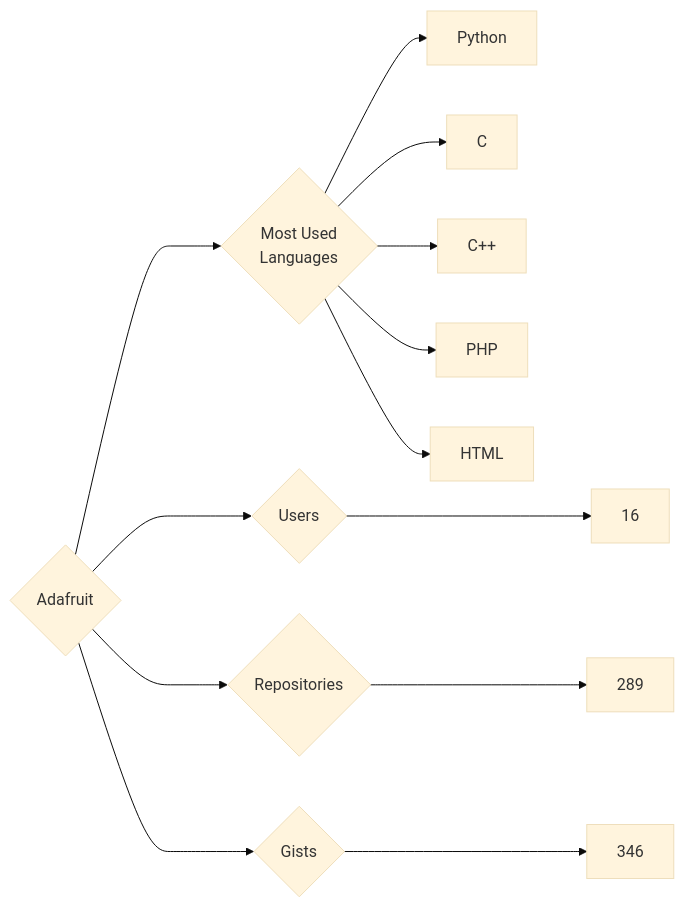
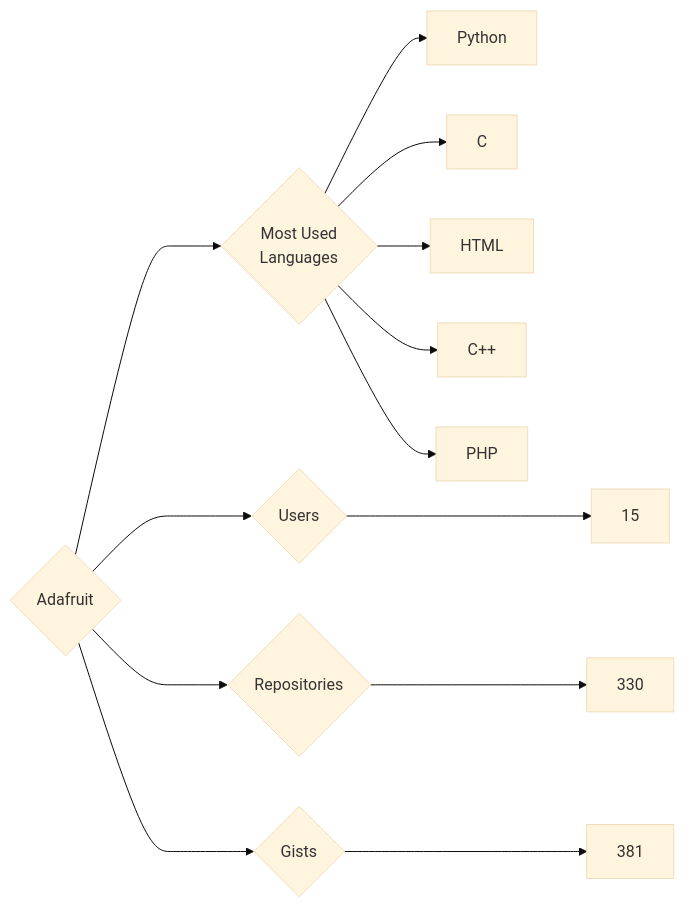
The diagram in targets/Adafruit/README.md (trickest/insiders), drawn with Mermaid (base theme) before and after one commit. The commit also changed 882 other files, not shown here.

````diff
--- a/targets/Adafruit/README.md
+++ b/targets/Adafruit/README.md
@@ -3,13 +3,13 @@
 ```mermaid
 graph LR
 COMPANY_NAME{Adafruit}
-COMPANY_NAME ---> U{Users} ---> UN[16]
-COMPANY_NAME ---> R{Repositories} ---> RN[289]
-COMPANY_NAME ---> G{Gists} ---> GN[346]
+COMPANY_NAME ---> U{Users} ---> UN[15]
+COMPANY_NAME ---> R{Repositories} ---> RN[330]
+COMPANY_NAME ---> G{Gists} ---> GN[381]
 COMPANY_NAME ---> ML{Most Used<br>Languages}
 ML --> Python[Python]
 ML --> C[C]
+ML --> HTML[HTML]
 ML --> C++[C++]
 ML --> PHP[PHP]
-ML --> HTML[HTML]
 ```
````
